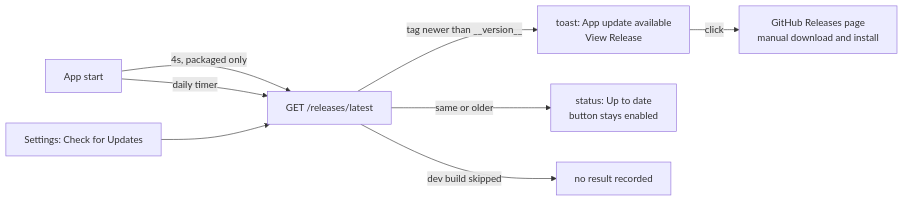
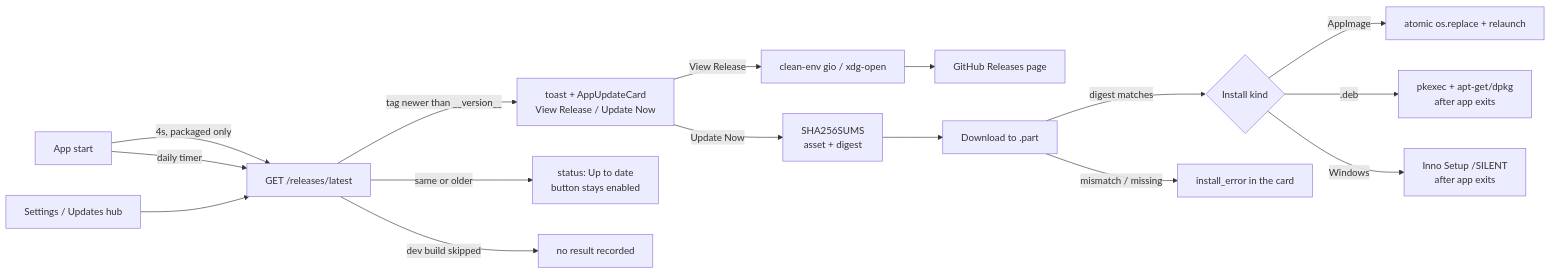
One commit to dishanagalawatta/SkillManager changed the tenth of 16 diagrams in docs/ARCHITECTURE.md. Above: the diagram before and after it, drawn with Mermaid. The commit also changed other lines of this file and 25 other files, not shown here.

````diff
--- a/docs/ARCHITECTURE.md
+++ b/docs/ARCHITECTURE.md
@@ -654,10 +657,18 @@
 ```mermaid
 flowchart LR
     Boot[App start] -->|4s, packaged only| Check[GET /releases/latest]
     Boot -->|daily timer| Check
-    Settings[Settings: Check for Updates] --> Check
-    Check -->|tag newer than __version__| Toast[toast: App update available<br/>View Release]
+    Settings[Settings / Updates hub] --> Check
+    Check -->|tag newer than __version__| Toast[toast + AppUpdateCard<br/>View Release / Update Now]
     Check -->|same or older| UpToDate[status: Up to date<br/>button stays enabled]
     Check -->|dev build skipped| Skipped[no result recorded]
-    Toast -->|click| Releases[GitHub Releases page<br/>manual download and install]
+    Toast -->|View Release| Opener[clean-env gio / xdg-open]
+    Opener --> Releases[GitHub Releases page]
+    Toast -->|Update Now| Manifest[SHA256SUMS<br/>asset + digest]
+    Manifest --> Download[Download to .part]
+    Download -->|digest matches| Install{Install kind}
+    Download -->|mismatch / missing| Error[install_error in the card]
+    Install -->|AppImage| Replace[atomic os.replace + relaunch]
+    Install -->|.deb| Deb[pkexec + apt-get/dpkg<br/>after app exits]
+    Install -->|Windows| Exe[Inno Setup /SILENT<br/>after app exits]
 ```
````
